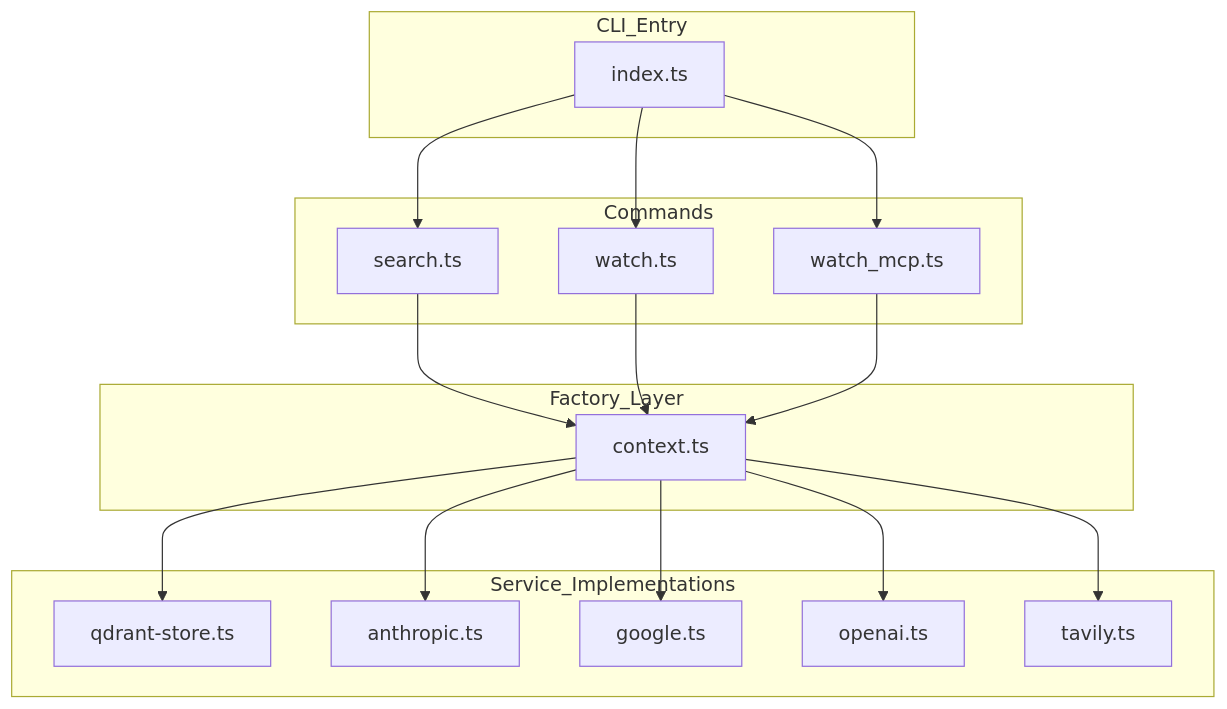
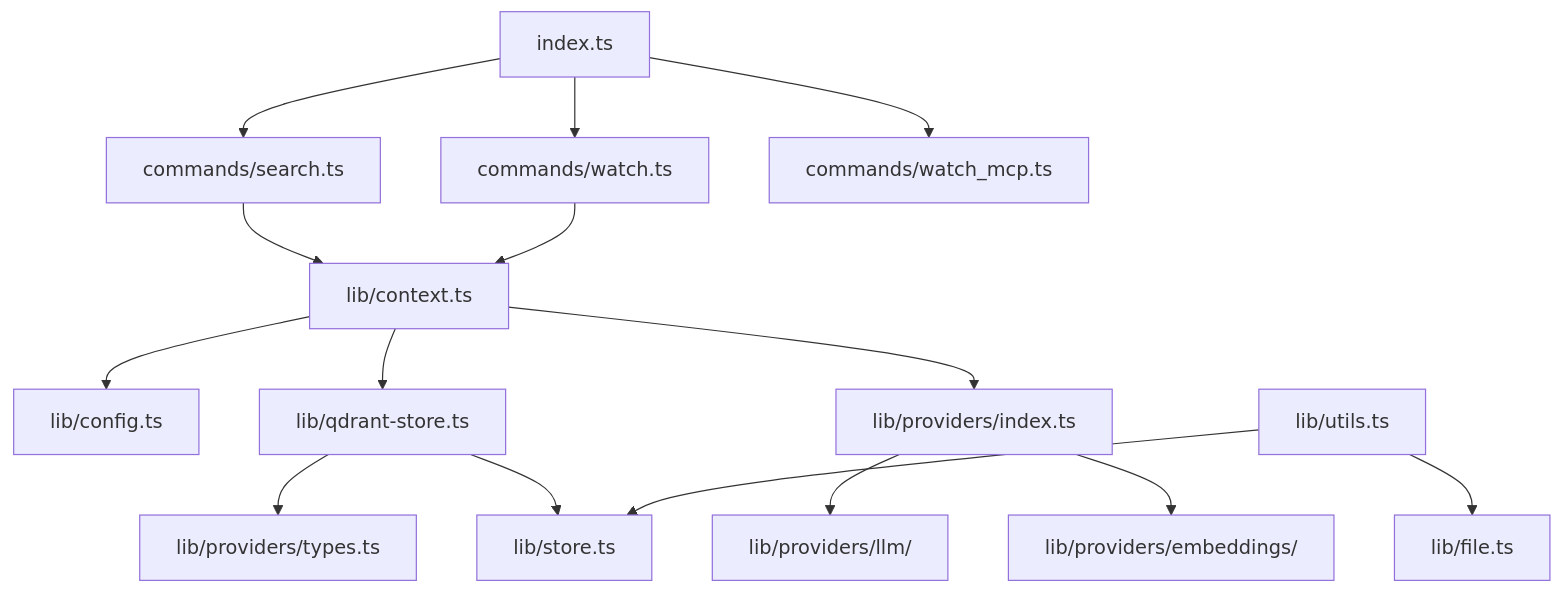
One commit to quantmind-br/mgrep changed the diagram in .ai/docs/dependency_analysis.md. Above: the diagram before and after it, drawn with Mermaid. The commit also changed other lines of this file and 34 other files, not shown here.

````diff
--- a/.ai/docs/dependency_analysis.md
+++ b/.ai/docs/dependency_analysis.md
@@ -61,38 +47,22 @@
 ```mermaid
 graph TD
-    subgraph CLI_Entry
-        index[index.ts]
-    end
-
-    subgraph Commands
-        search[search.ts]
-        watch[watch.ts]
-        mcp[watch_mcp.ts]
-    end
-
-    subgraph Factory_Layer
-        context[context.ts]
-    end
-
-    subgraph Service_Implementations
-        Qdrant[qdrant-store.ts]
-        Anthropic[anthropic.ts]
-        Google[google.ts]
-        OpenAI[openai.ts]
-        Tavily[tavily.ts]
-    end
-
-    index --> search
-    index --> watch
-    index --> mcp
-
-    search --> context
-    watch --> context
-    mcp --> context
-
-    context --> Qdrant
-    context --> Anthropic
-    context --> Google
-    context --> OpenAI
-    context --> Tavily
+    index.ts --> commands/search.ts
+    index.ts --> commands/watch.ts
+    index.ts --> commands/watch_mcp.ts
+    
+    commands/search.ts --> lib/context.ts
+    commands/watch.ts --> lib/context.ts
+    
+    lib/context.ts --> lib/config.ts
+    lib/context.ts --> lib/qdrant-store.ts
+    lib/context.ts --> lib/providers/index.ts
+    
+    lib/qdrant-store.ts --> lib/providers/types.ts
+    lib/qdrant-store.ts --> lib/store.ts
+    
+    lib/providers/index.ts --> lib/providers/llm/
+    lib/providers/index.ts --> lib/providers/embeddings/
+    
+    lib/utils.ts --> lib/store.ts
+    lib/utils.ts --> lib/file.ts
 ```
````
